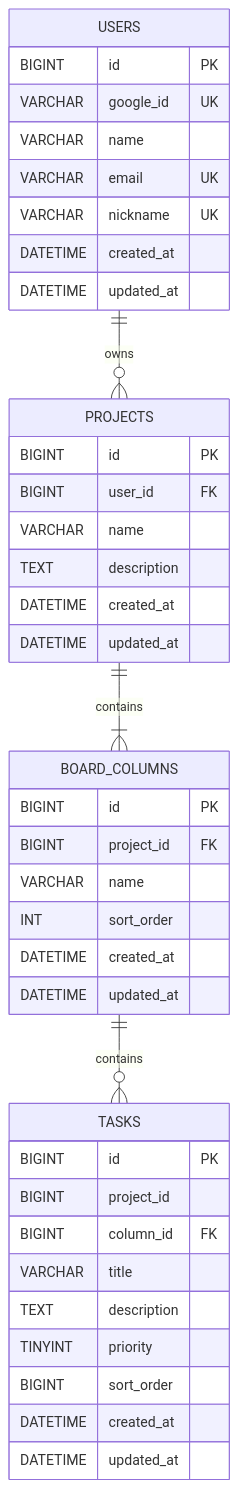
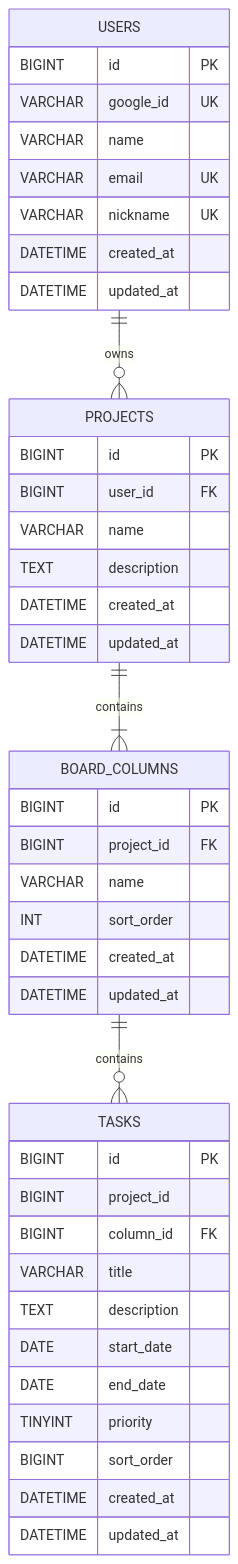
Before and after one commit to dewevrei/skala-mini-project: the diagram in docs/erd.md, drawn with Mermaid. The commit also changed other lines of this file and 12 other files, not shown here.

````diff
--- a/docs/erd.md
+++ b/docs/erd.md
@@ -11,46 +11,48 @@
 ```mermaid
 erDiagram
     USERS ||--o{ PROJECTS : owns
     PROJECTS ||--|{ BOARD_COLUMNS : contains
     BOARD_COLUMNS ||--o{ TASKS : contains
 
     USERS {
         BIGINT id PK
         VARCHAR google_id UK
         VARCHAR name
         VARCHAR email UK
         VARCHAR nickname UK
         DATETIME created_at
         DATETIME updated_at
     }
 
     PROJECTS {
         BIGINT id PK
         BIGINT user_id FK
         VARCHAR name
         TEXT description
         DATETIME created_at
         DATETIME updated_at
     }
 
     BOARD_COLUMNS {
         BIGINT id PK
         BIGINT project_id FK
         VARCHAR name
         INT sort_order
         DATETIME created_at
         DATETIME updated_at
     }
 
     TASKS {
         BIGINT id PK
         BIGINT project_id
         BIGINT column_id FK
         VARCHAR title
         TEXT description
+        DATE start_date
+        DATE end_date
         TINYINT priority
         BIGINT sort_order
         DATETIME created_at
         DATETIME updated_at
     }
 ```
````
